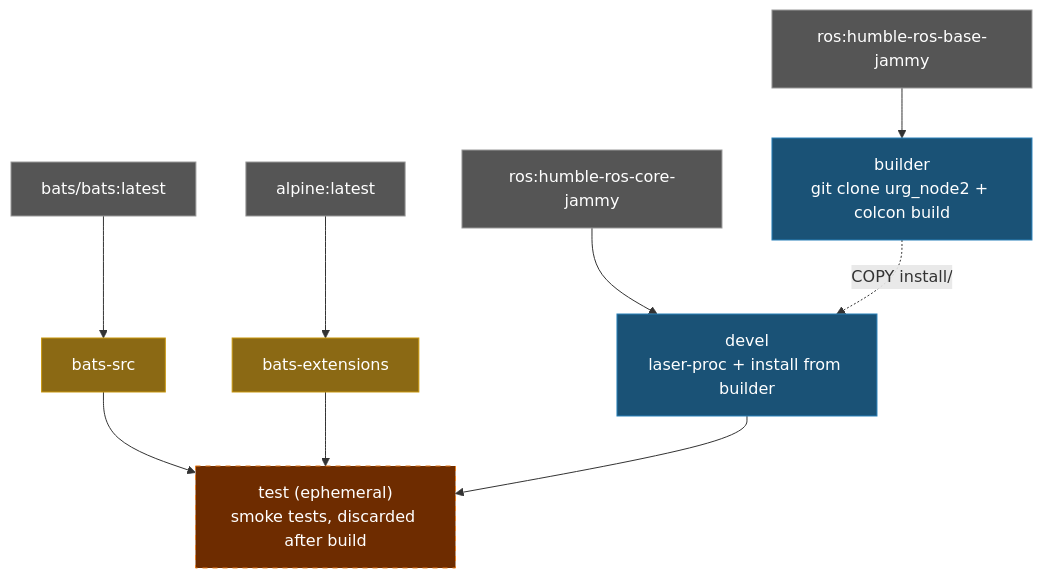
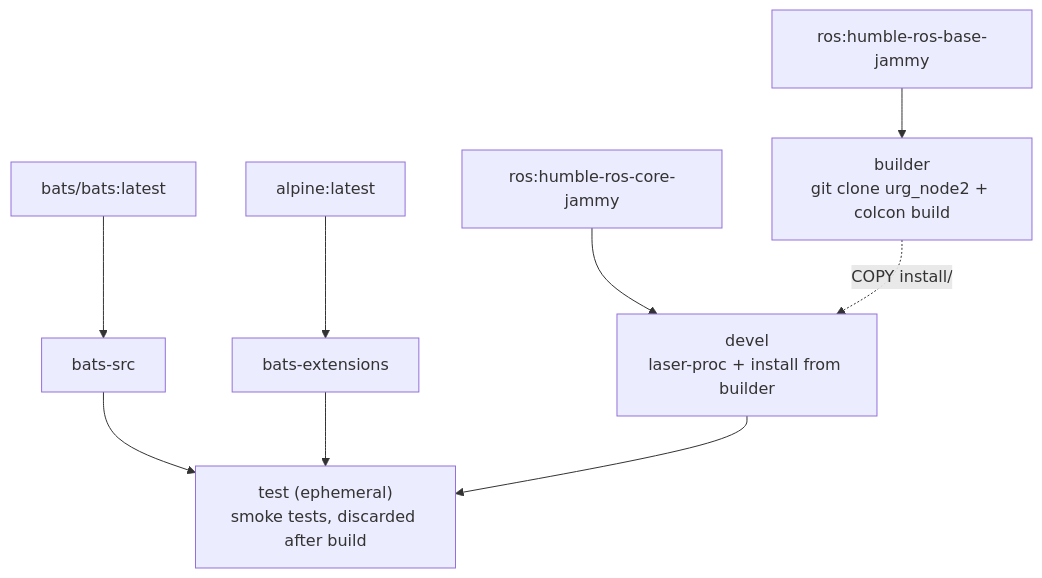
The diagram in README.md (ycpss91255-docker/urg_node_humble), drawn with Mermaid before and after one commit. The commit also changed 3 other files, not shown here.

Commit message:
docs: remove mermaid background colors from architecture diagrams

````diff
--- a/README.md
+++ b/README.md
@@ -96,24 +96,20 @@
 ```mermaid
 graph TD
-    EXT1["bats/bats:latest"]:::external
-    EXT2["alpine:latest"]:::external
-    EXT3["ros:humble-ros-base-jammy"]:::external
-    EXT4["ros:humble-ros-core-jammy"]:::external
+    EXT1["bats/bats:latest"]
+    EXT2["alpine:latest"]
+    EXT3["ros:humble-ros-base-jammy"]
+    EXT4["ros:humble-ros-core-jammy"]
 
-    EXT1 --> bats-src["bats-src"]:::tool
-    EXT2 --> bats-ext["bats-extensions"]:::tool
+    EXT1 --> bats-src["bats-src"]
+    EXT2 --> bats-ext["bats-extensions"]
 
-    EXT3 --> builder["builder\ngit clone urg_node2 + colcon build"]:::stage
+    EXT3 --> builder["builder\ngit clone urg_node2 + colcon build"]
 
-    EXT4 --> devel["devel\nlaser-proc + install from builder"]:::stage
+    EXT4 --> devel["devel\nlaser-proc + install from builder"]
     builder -.->|COPY install/| devel
 
-    bats-src --> test["test (ephemeral)\nsmoke tests, discarded after build"]:::ephemeral
+    bats-src --> test["test (ephemeral)\nsmoke tests, discarded after build"]
     bats-ext --> test
     devel --> test
 
-    classDef external fill:#555,color:#fff,stroke:#999
-    classDef tool fill:#8B6914,color:#fff,stroke:#c8960c
-    classDef stage fill:#1a5276,color:#fff,stroke:#2980b9
-    classDef ephemeral fill:#6e2c00,color:#fff,stroke:#e67e22,stroke-dasharray:5 5
 ```
````
